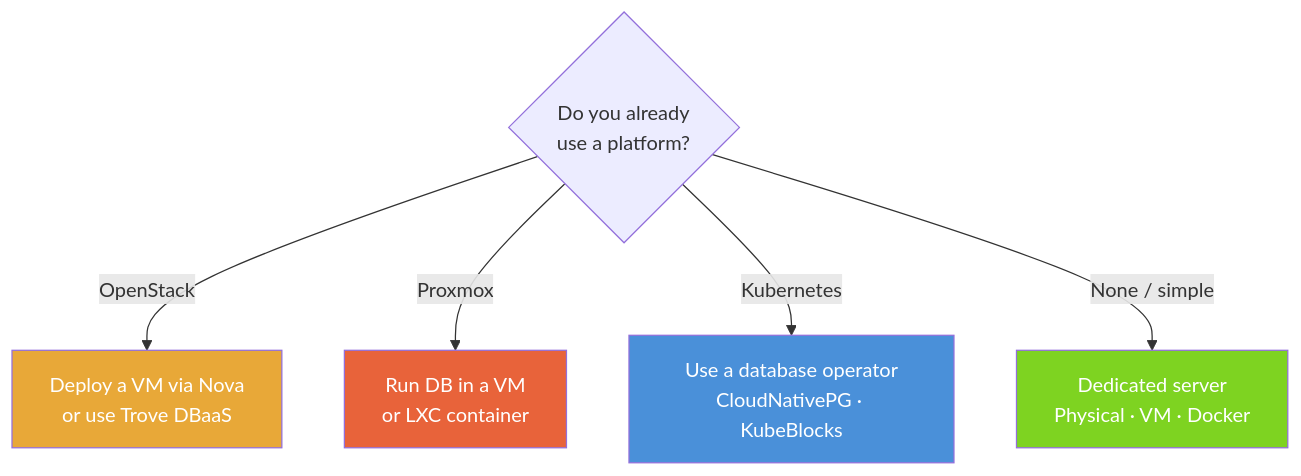
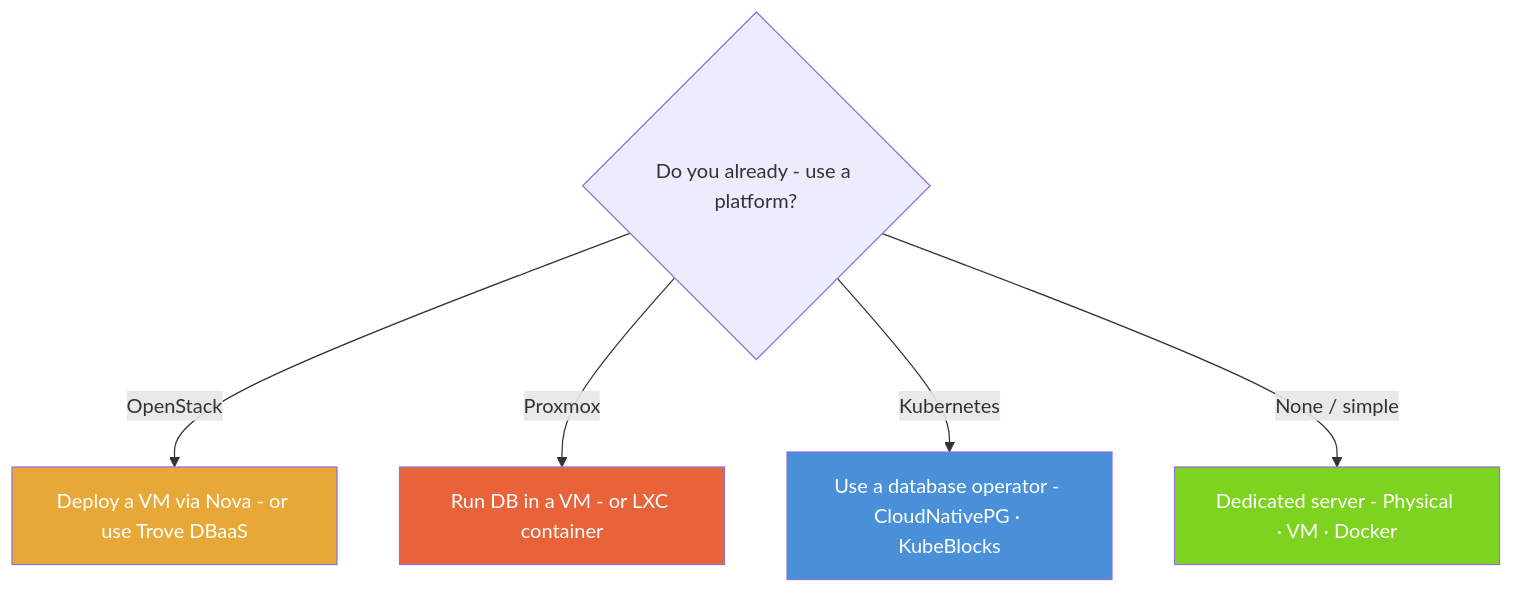
Before and after one commit to abecam/DeKCD-DMOnTheCloud: the third of 5 diagrams in pages/Data_storage.qmd, drawn with Mermaid. The commit also changed other lines of this file, not shown here.

Commit message:
Fixed mermaid schemas (\n replaced to -).

````diff
--- a/pages/Data_storage.qmd
+++ b/pages/Data_storage.qmd
@@ -150,13 +150,13 @@
 ```{mermaid}
 flowchart TD
-    Q1{Do you already\nuse a platform?}
-    Q1 -->|OpenStack| OS[Deploy a VM via Nova\nor use Trove DBaaS]
-    Q1 -->|Proxmox| PX[Run DB in a VM\nor LXC container]
-    Q1 -->|Kubernetes| K8S[Use a database operator\nCloudNativePG · KubeBlocks]
-    Q1 -->|None / simple| DS[Dedicated server\nPhysical · VM · Docker]
+    Q1{Do you already - use a platform?}
+    Q1 -->|OpenStack| OS[Deploy a VM via Nova - or use Trove DBaaS]
+    Q1 -->|Proxmox| PX[Run DB in a VM - or LXC container]
+    Q1 -->|Kubernetes| K8S[Use a database operator - CloudNativePG · KubeBlocks]
+    Q1 -->|None / simple| DS[Dedicated server - Physical · VM · Docker]
 
     style OS fill:#E8A838,color:#fff
     style PX fill:#E8633A,color:#fff
     style K8S fill:#4A90D9,color:#fff
     style DS fill:#7ED321,color:#fff
 ```
````
